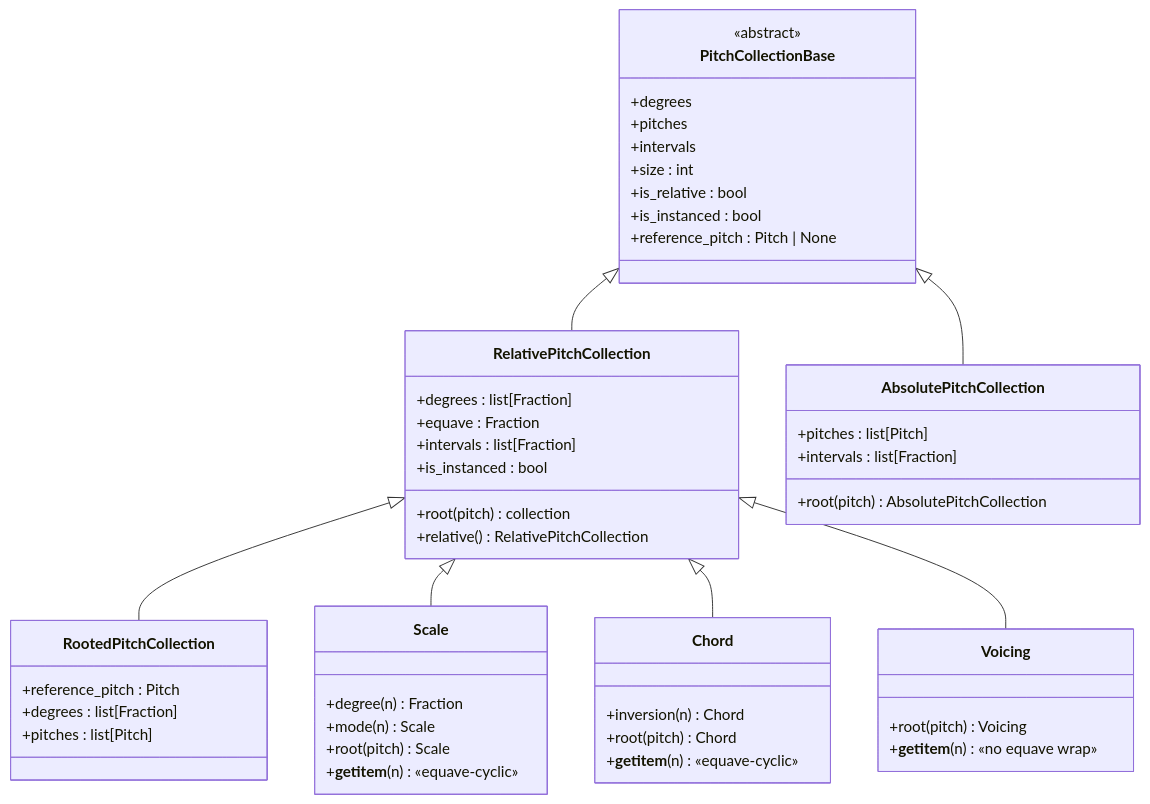
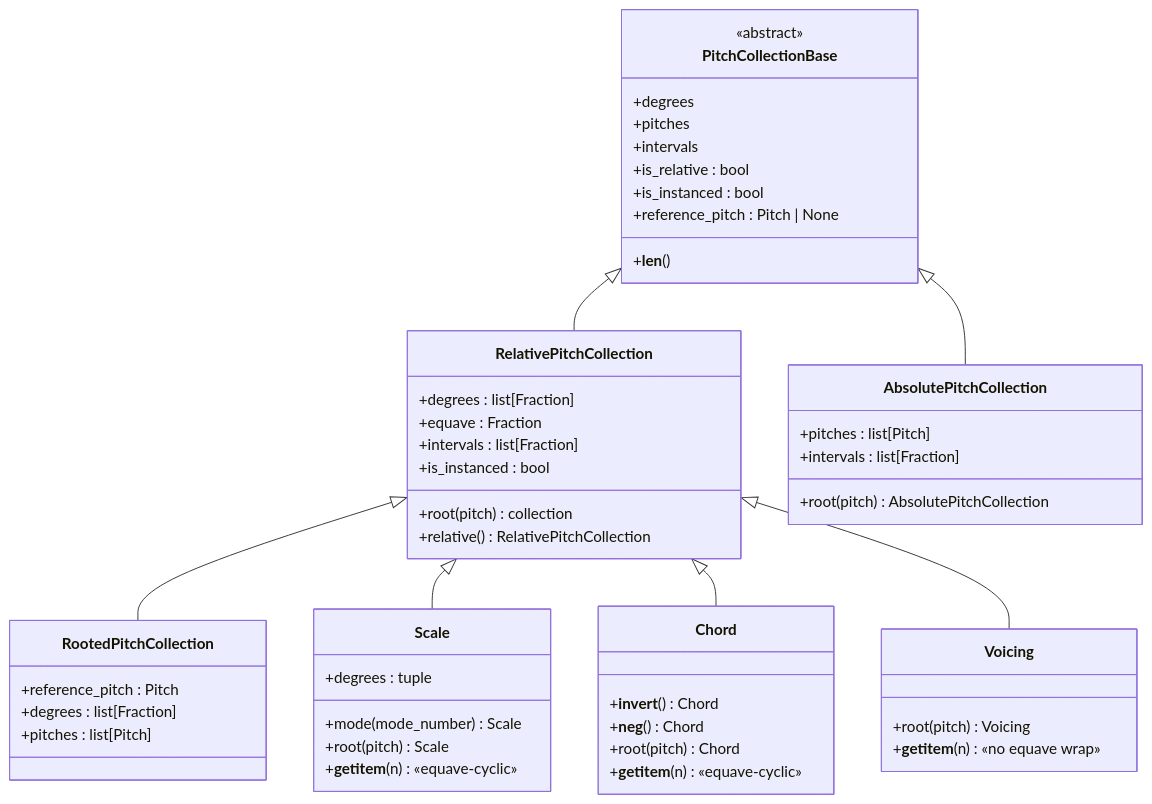
One commit to kr4g/Klotho changed the second of 5 diagrams in docs/architecture/11_PITCH_COLLECTIONS.md. Above: the diagram before and after it, drawn with Mermaid. The commit also changed other lines of this file and 13 other files, not shown here.

First line of the commit message:
Overhaul architecture docs for Klotho 10.x API

````diff
--- a/docs/architecture/11_PITCH_COLLECTIONS.md
+++ b/docs/architecture/11_PITCH_COLLECTIONS.md
@@ -68,61 +60,62 @@
 ```mermaid
 classDiagram
     direction TB
 
     class PitchCollectionBase {
         <<abstract>>
         +degrees
         +pitches
         +intervals
-        +size : int
+        +__len__()
         +is_relative : bool
         +is_instanced : bool
         +reference_pitch : Pitch | None
     }
 
     class RelativePitchCollection {
         +degrees : list[Fraction]
         +equave : Fraction
         +intervals : list[Fraction]
         +is_instanced : bool
         +root(pitch) collection
         +relative() RelativePitchCollection
     }
 
     class AbsolutePitchCollection {
         +pitches : list[Pitch]
         +intervals : list[Fraction]
         +root(pitch) AbsolutePitchCollection
     }
 
     class RootedPitchCollection {
         +reference_pitch : Pitch
         +degrees : list[Fraction]
         +pitches : list[Pitch]
     }
 
     class Scale {
-        +degree(n) Fraction
-        +mode(n) Scale
+        +degrees : tuple
+        +mode(mode_number) Scale
         +root(pitch) Scale
         +__getitem__(n) «equave-cyclic»
     }
 
     class Chord {
-        +inversion(n) Chord
+        +__invert__() Chord
+        +__neg__() Chord
         +root(pitch) Chord
         +__getitem__(n) «equave-cyclic»
     }
 
     class Voicing {
         +root(pitch) Voicing
         +__getitem__(n) «no equave wrap»
     }
 
     PitchCollectionBase <|-- RelativePitchCollection
     PitchCollectionBase <|-- AbsolutePitchCollection
     RelativePitchCollection <|-- RootedPitchCollection
     RelativePitchCollection <|-- Scale
     RelativePitchCollection <|-- Chord
     RelativePitchCollection <|-- Voicing
 ```
````
